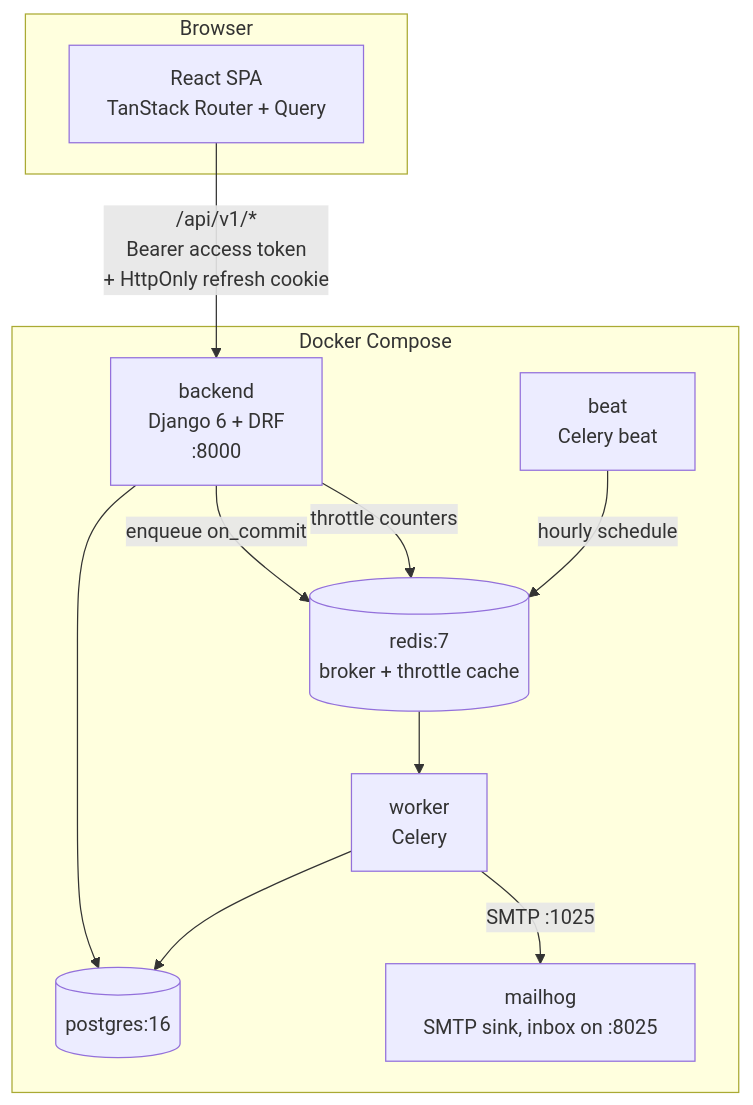
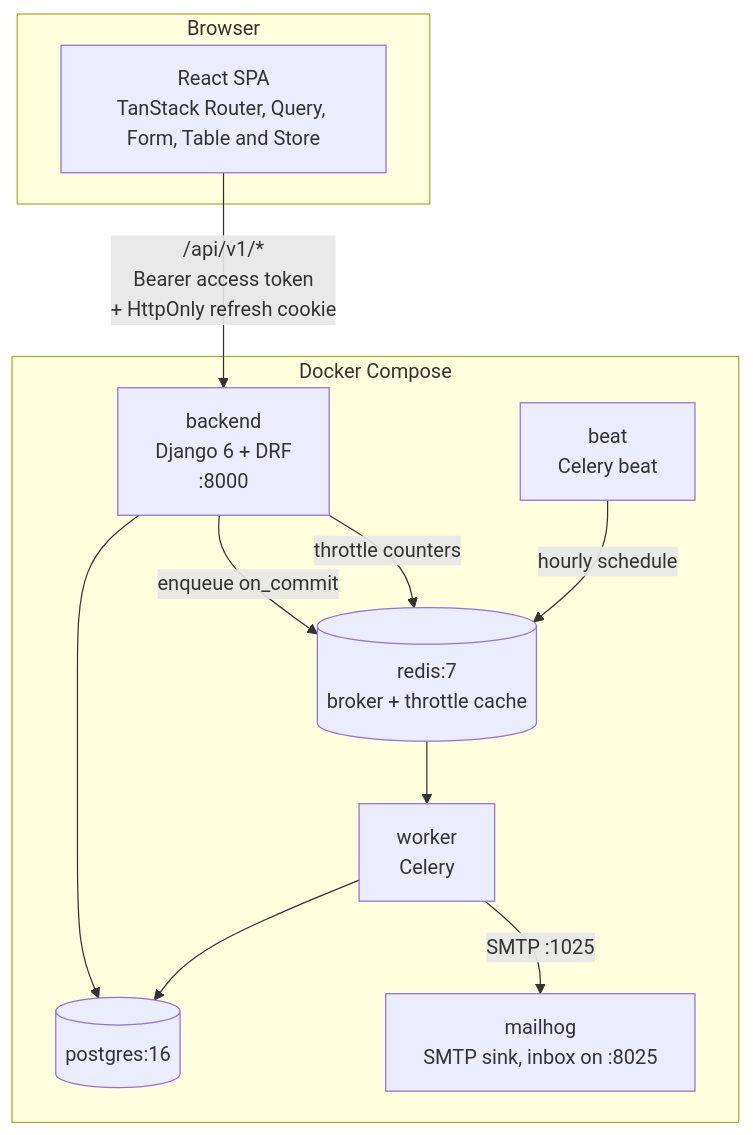
The first of 8 diagrams in docs/ARCHITECTURE.md (ivanmviveros/TaskManagementSystem), drawn with Mermaid before and after one commit. The commit also changed other lines of this file and 6 other files, not shown here.

First line of the commit message:
docs: record the TanStack Form, Table and Store refactor (D79-D88)

````diff
--- a/docs/ARCHITECTURE.md
+++ b/docs/ARCHITECTURE.md
@@ -20,24 +20,24 @@
 ```mermaid
 graph TB
     subgraph browser["Browser"]
-        UI["React SPA<br/>TanStack Router + Query"]
+        UI["React SPA<br/>TanStack Router, Query, Form, Table and Store"]
     end
 
     subgraph compose["Docker Compose"]
         API["backend<br/>Django 6 + DRF<br/>:8000"]
         WORKER["worker<br/>Celery"]
         BEAT["beat<br/>Celery beat"]
         REDIS[("redis:7<br/>broker + throttle cache")]
         DB[("postgres:16")]
         MAILHOG["mailhog<br/>SMTP sink, inbox on :8025"]
     end
 
     UI -->|"/api/v1/*<br/>Bearer access token<br/>+ HttpOnly refresh cookie"| API
     API --> DB
     API -->|"enqueue on_commit"| REDIS
     API -->|"throttle counters"| REDIS
     BEAT -->|"hourly schedule"| REDIS
     REDIS --> WORKER
     WORKER --> DB
     WORKER -->|"SMTP :1025"| MAILHOG
 ```
````
